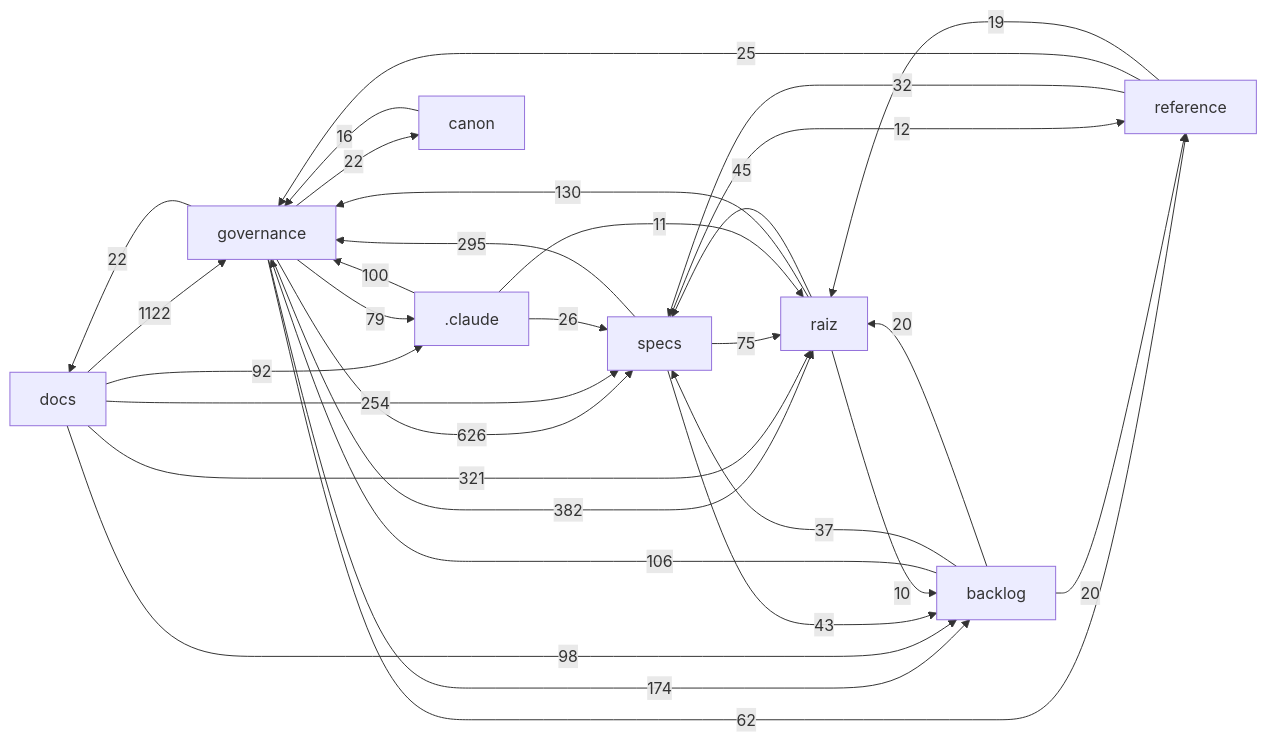
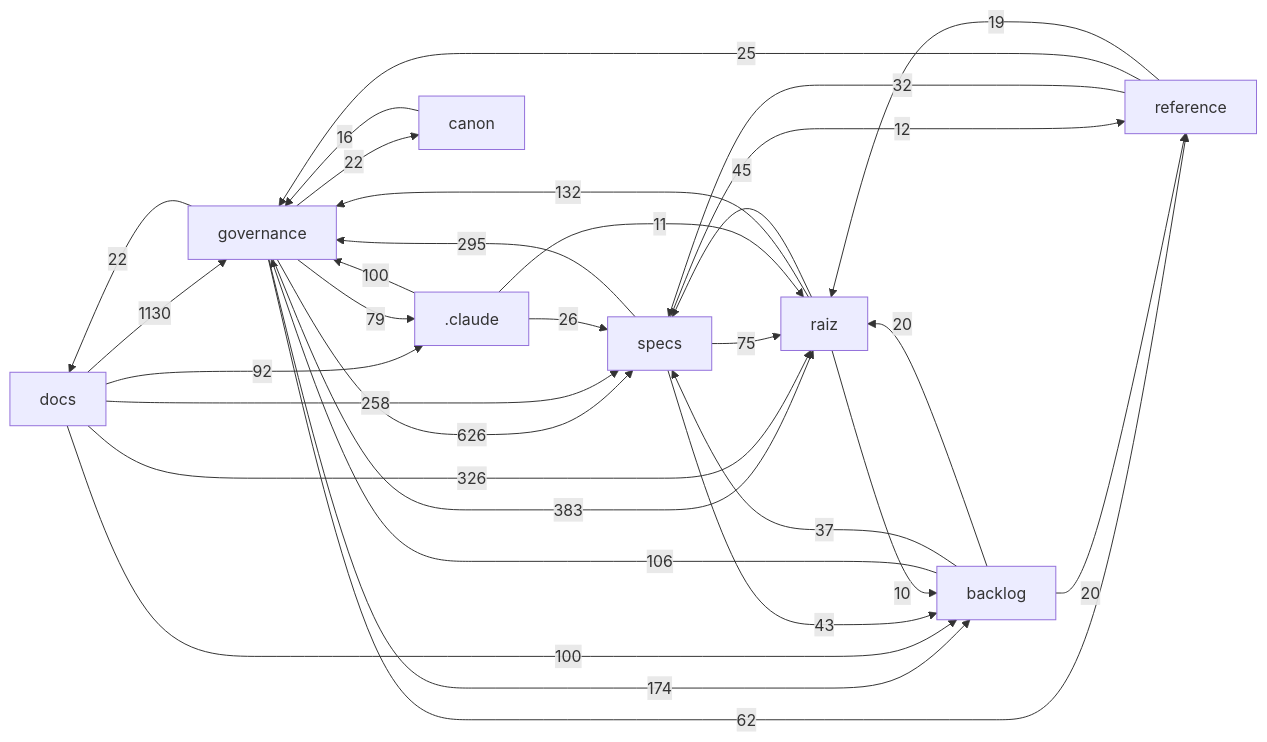
One commit to Andraus35/Sistema-Operacional-de-Trading--SOT changed the diagram in docs/mapa/MAPA-PROJETO.md. Above: the diagram before and after it, drawn with Mermaid. The commit also changed other lines of this file and 8 other files, not shown here.

````diff
--- a/docs/mapa/MAPA-PROJETO.md
+++ b/docs/mapa/MAPA-PROJETO.md
@@ -29,33 +29,33 @@
 ```mermaid
 flowchart LR
-  docs["docs"] -->|1122| governance["governance"]
+  docs["docs"] -->|1130| governance["governance"]
   governance["governance"] -->|626| specs["specs"]
-  governance["governance"] -->|382| raiz["raiz"]
-  docs["docs"] -->|321| raiz["raiz"]
+  governance["governance"] -->|383| raiz["raiz"]
+  docs["docs"] -->|326| raiz["raiz"]
   specs["specs"] -->|295| governance["governance"]
-  docs["docs"] -->|254| specs["specs"]
+  docs["docs"] -->|258| specs["specs"]
   governance["governance"] -->|174| backlog["backlog"]
-  raiz["raiz"] -->|130| governance["governance"]
+  raiz["raiz"] -->|132| governance["governance"]
   backlog["backlog"] -->|106| governance["governance"]
   _claude[".claude"] -->|100| governance["governance"]
-  docs["docs"] -->|98| backlog["backlog"]
+  docs["docs"] -->|100| backlog["backlog"]
   docs["docs"] -->|92| _claude[".claude"]
   governance["governance"] -->|79| _claude[".claude"]
   specs["specs"] -->|75| raiz["raiz"]
   governance["governance"] -->|62| reference["reference"]
   raiz["raiz"] -->|45| specs["specs"]
   specs["specs"] -->|43| backlog["backlog"]
   backlog["backlog"] -->|37| specs["specs"]
   reference["reference"] -->|32| specs["specs"]
   _claude[".claude"] -->|26| specs["specs"]
   reference["reference"] -->|25| governance["governance"]
   governance["governance"] -->|22| docs["docs"]
   governance["governance"] -->|22| canon["canon"]
   backlog["backlog"] -->|20| raiz["raiz"]
   backlog["backlog"] -->|20| reference["reference"]
   reference["reference"] -->|19| raiz["raiz"]
   canon["canon"] -->|16| governance["governance"]
   specs["specs"] -->|12| reference["reference"]
   _claude[".claude"] -->|11| raiz["raiz"]
   raiz["raiz"] -->|10| backlog["backlog"]
 ```
````
